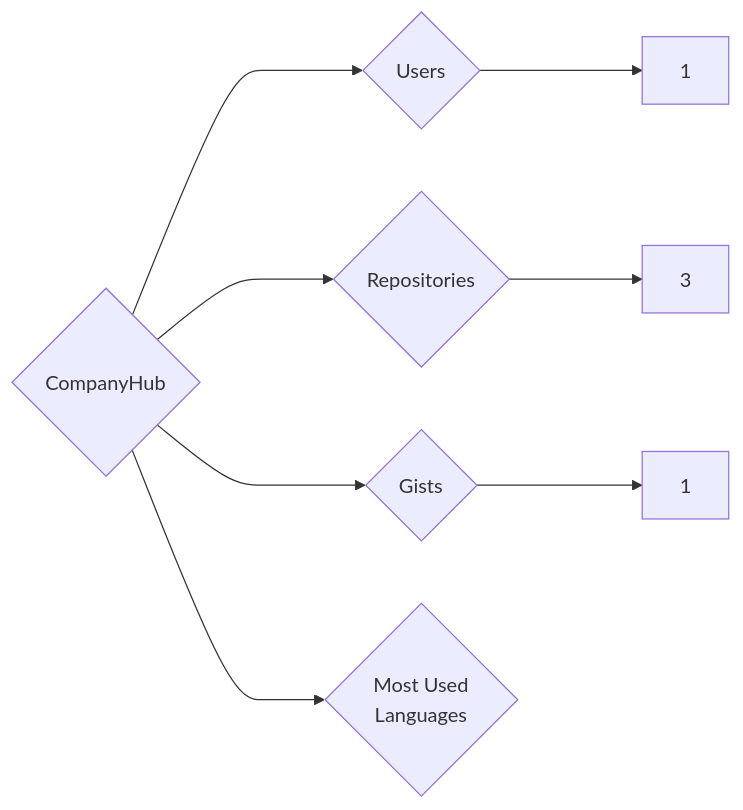
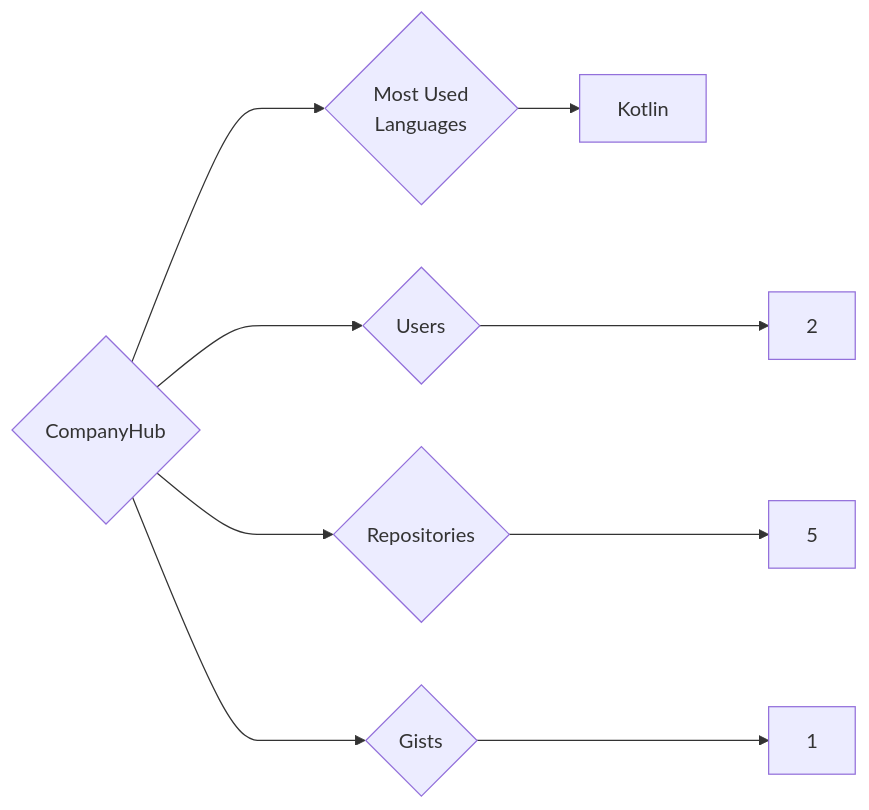
One commit to trickest/insiders changed the diagram in targets/CompanyHub/README.md. Above: the diagram before and after it, drawn with Mermaid. The commit also changed 993 other files, not shown here.

````diff
--- a/targets/CompanyHub/README.md
+++ b/targets/CompanyHub/README.md
@@ -3,8 +3,9 @@
 ```mermaid
 graph LR
 COMPANY_NAME{CompanyHub}
-COMPANY_NAME ---> U{Users} ---> UN[1]
-COMPANY_NAME ---> R{Repositories} ---> RN[3]
+COMPANY_NAME ---> U{Users} ---> UN[2]
+COMPANY_NAME ---> R{Repositories} ---> RN[5]
 COMPANY_NAME ---> G{Gists} ---> GN[1]
 COMPANY_NAME ---> ML{Most Used<br>Languages}
+ML --> Kotlin[Kotlin]
 ```
````
